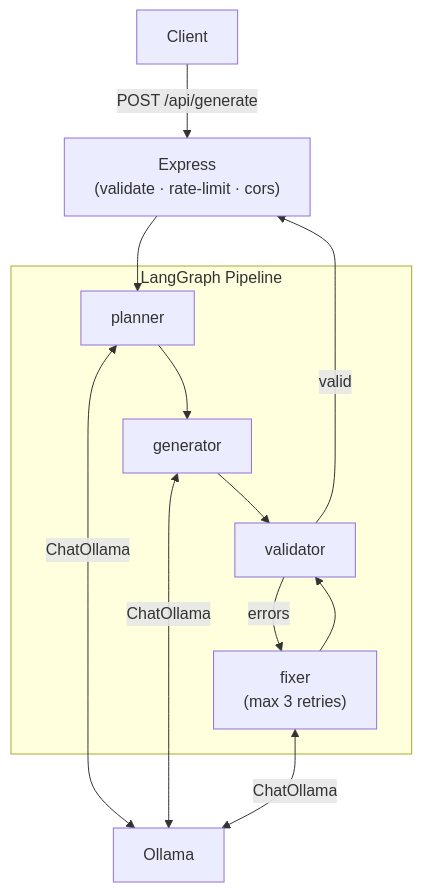
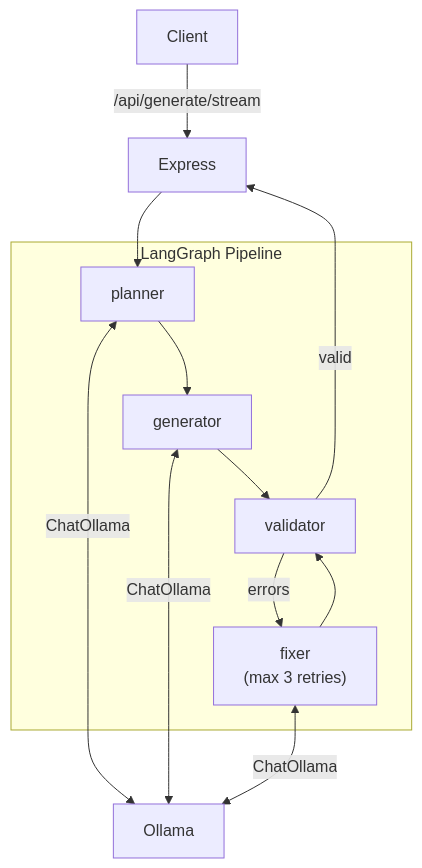
One commit to BHO010/ui-generator changed the diagram in backend/README.md. Above: the diagram before and after it, drawn with Mermaid.

````diff
--- a/backend/README.md
+++ b/backend/README.md
@@ -152,24 +152,23 @@
 ```mermaid
 graph TD
     Client["Client"]
-    Express["Express\n(validate · rate-limit · cors)"]
 
     subgraph LangGraph["LangGraph Pipeline"]
         Planner["planner"]
         Generator["generator"]
         Validator["validator"]
         Fixer["fixer\n(max 3 retries)"]
     end
 
     Ollama["Ollama"]
 
-    Client -->|POST /api/generate| Express
+    Client -->|/api/generate/stream| Express
     Express --> Planner
     Planner --> Generator
     Generator --> Validator
     Validator -->|valid| Express
     Validator -->|errors| Fixer
     Fixer --> Validator
 
     Planner & Generator & Fixer <-->|ChatOllama| Ollama
 ```
````
